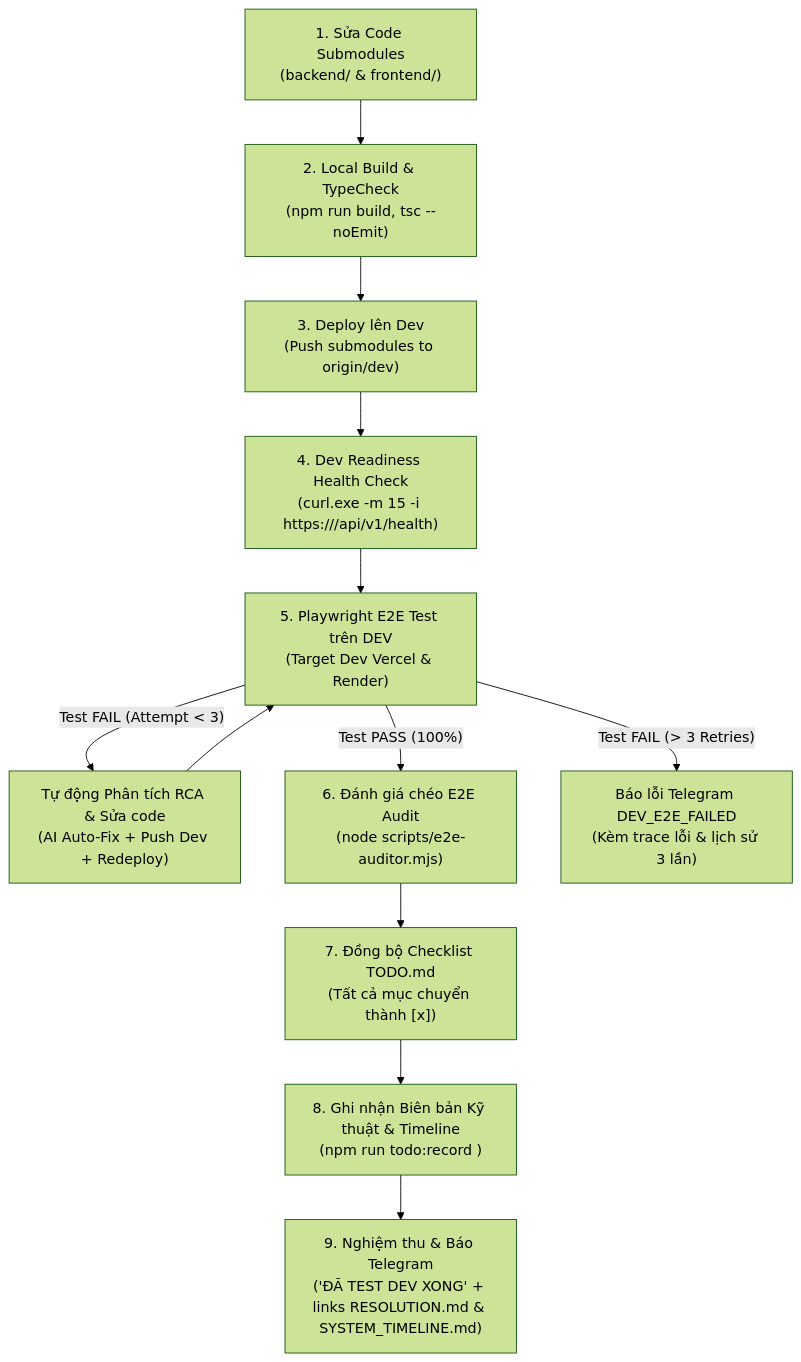
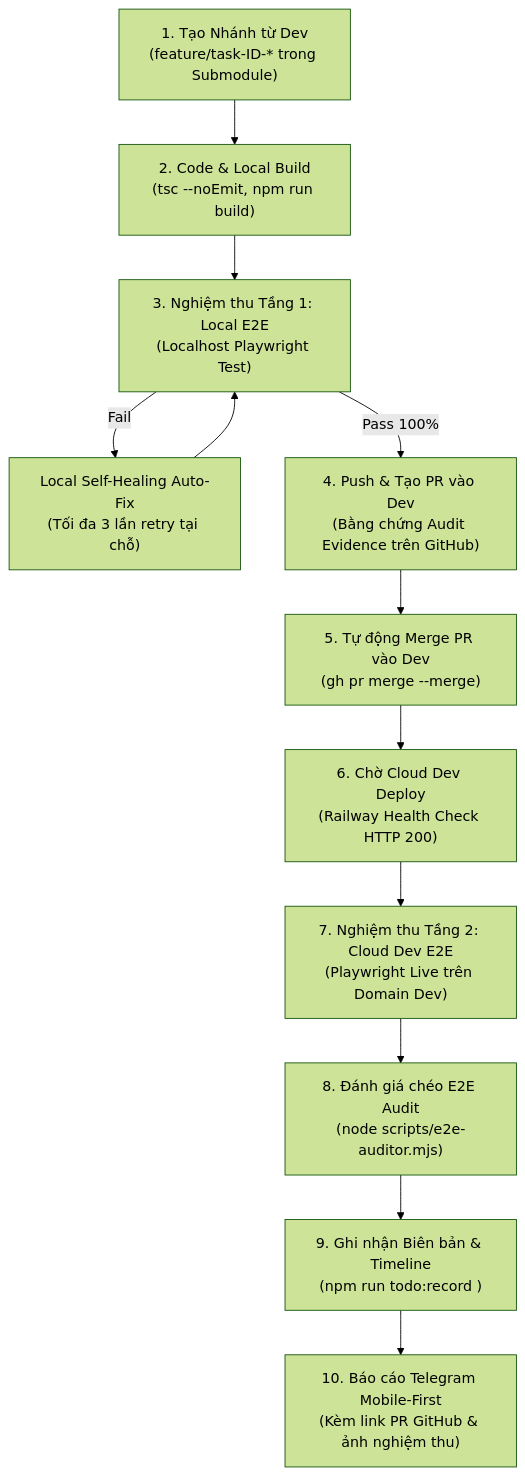
The second of 2 diagrams in .agents/skills/todo-agent/SKILL.md (lyquangthai1993/logistics-website), drawn with Mermaid (forest theme) before and after one commit. The commit also changed other lines of this file and 1 other file, not shown here.

Commit message:
docs(skills): update todo-agent and telegram-task-responder skills with github pr workflow

````diff
--- a/.agents/skills/todo-agent/SKILL.md
+++ b/.agents/skills/todo-agent/SKILL.md
@@ -268,14 +268,14 @@
 ```mermaid
 flowchart TD
-    S1["1. Sửa Code Submodules<br>(backend/ & frontend/)"] --> S2["2. Local Build & TypeCheck<br>(npm run build, tsc --noEmit)"]
-    S2 --> S3["3. Deploy lên Dev<br>(Push submodules to origin/dev)"]
-    S3 --> S4["4. Dev Readiness Health Check<br>(curl.exe -m 15 -i https://<backend>/api/v1/health)"]
-    S4 --> S5["5. Playwright E2E Test trên DEV<br>(Target Dev Vercel & Render)"]
-    S5 -- "Test FAIL (Attempt < 3)" --> S5R["Tự động Phân tích RCA & Sửa code<br>(AI Auto-Fix + Push Dev + Redeploy)"]
-    S5R --> S5
-    S5 -- "Test PASS (100%)" --> S6["6. Đánh giá chéo E2E Audit<br>(node scripts/e2e-auditor.mjs)"]
-    S5 -- "Test FAIL (> 3 Retries)" --> S_FAIL["Báo lỗi Telegram DEV_E2E_FAILED<br>(Kèm trace lỗi & lịch sử 3 lần)"]
-    S6 --> S7["7. Đồng bộ Checklist TODO.md<br>(Tất cả mục chuyển thành [x])"]
-    S7 --> S8["8. Ghi nhận Biên bản Kỹ thuật & Timeline<br>(npm run todo:record <folder>)"]
-    S8 --> S9["9. Nghiệm thu & Báo Telegram<br>('ĐÃ TEST DEV XONG' + links RESOLUTION.md & SYSTEM_TIMELINE.md)"]
+    S1["1. Tạo Nhánh từ Dev<br>(feature/task-ID-* trong Submodule)"] --> S2["2. Code & Local Build<br>(tsc --noEmit, npm run build)"]
+    S2 --> S3["3. Nghiệm thu Tầng 1: Local E2E<br>(Localhost Playwright Test)"]
+    S3 -- "Fail" --> S3R["Local Self-Healing Auto-Fix<br>(Tối đa 3 lần retry tại chỗ)"]
+    S3R --> S3
+    S3 -- "Pass 100%" --> S4["4. Push & Tạo PR vào Dev<br>(Bằng chứng Audit Evidence trên GitHub)"]
+    S4 --> S5["5. Tự động Merge PR vào Dev<br>(gh pr merge --merge)"]
+    S5 --> S6["6. Chờ Cloud Dev Deploy<br>(Railway Health Check HTTP 200)"]
+    S6 --> S7["7. Nghiệm thu Tầng 2: Cloud Dev E2E<br>(Playwright Live trên Domain Dev)"]
+    S7 --> S8["8. Đánh giá chéo E2E Audit<br>(node scripts/e2e-auditor.mjs)"]
+    S8 --> S9["9. Ghi nhận Biên bản & Timeline<br>(npm run todo:record <folder>)"]
+    S9 --> S10["10. Báo cáo Telegram Mobile-First<br>(Kèm link PR GitHub & ảnh nghiệm thu)"]
 ```
````
